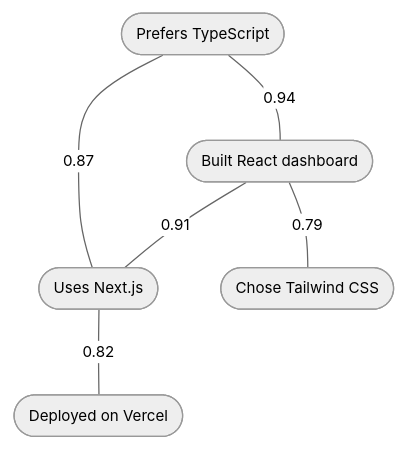
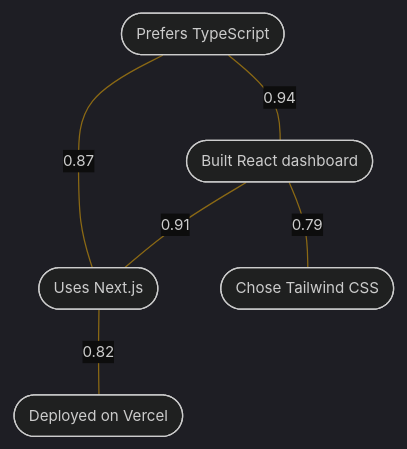
One commit to Dakera-AI/.github changed the fourth of 5 diagrams in profile/README.md. Above: the diagram before and after it, drawn with Mermaid. The commit also changed other lines of this file and 2 other files, not shown here.

First line of the commit message:
refactor: add brand logo, apply dark/gold theme, remove premature details

````diff
--- a/profile/README.md
+++ b/profile/README.md
@@ -176,9 +160,9 @@
 ```mermaid
-%%{init: {'theme': 'neutral', 'themeVariables': { 'fontSize': '12px' }}}%%
+%%{init: {'theme': 'dark', 'themeVariables': { 'fontSize': '12px', 'primaryColor': '#1a1a2e', 'primaryTextColor': '#f0cc70', 'primaryBorderColor': '#D4A843', 'lineColor': '#8B6914', 'secondaryColor': '#161616', 'tertiaryColor': '#0d0d0d', 'edgeLabelBackground': '#0d0d0d' }}}%%
 graph TD
     M1(["Prefers TypeScript"]) ---|0.94| M2(["Built React dashboard"])
     M2 ---|0.91| M3(["Uses Next.js"])
     M1 ---|0.87| M3
     M3 ---|0.82| M4(["Deployed on Vercel"])
     M2 ---|0.79| M5(["Chose Tailwind CSS"])
 ```
````
